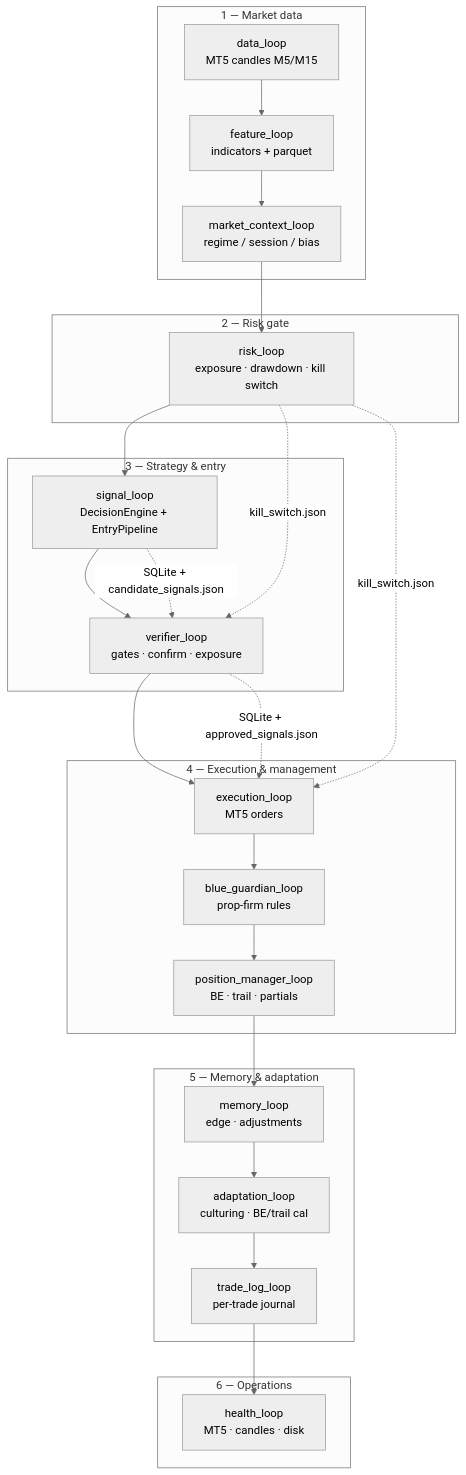
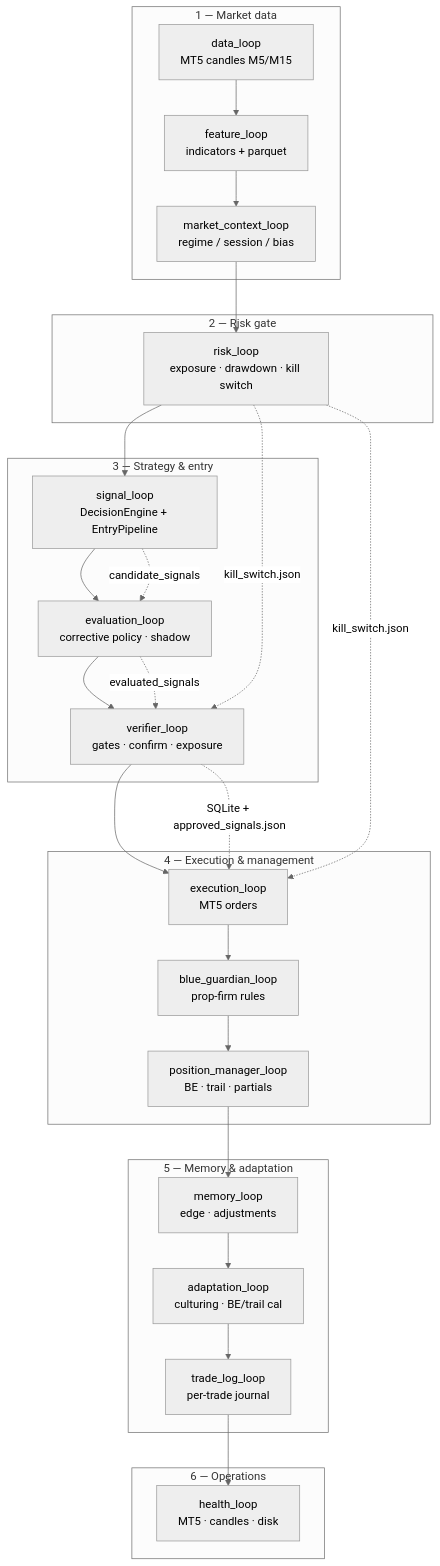
Before and after one commit to banky420star/Quant-os-trade: the first of 4 diagrams in docs/PIPELINE.md, drawn with Mermaid (neutral theme). The commit also changed 15 other files, not shown here.

````diff
--- a/docs/PIPELINE.md
+++ b/docs/PIPELINE.md
@@ -9,42 +9,44 @@
 ```mermaid
 flowchart TB
     subgraph ingest["1 — Market data"]
         DL[data_loop<br/>MT5 candles M5/M15]
         FL[feature_loop<br/>indicators + parquet]
         MCL[market_context_loop<br/>regime / session / bias]
     end
 
     subgraph risk["2 — Risk gate"]
         RL[risk_loop<br/>exposure · drawdown · kill switch]
     end
 
     subgraph decide["3 — Strategy & entry"]
-        SL[signal_loop<br/>DecisionEngine + EntryPipeline]
-        VL[verifier_loop<br/>gates · confirm · exposure]
+    SL[signal_loop<br/>DecisionEngine + EntryPipeline]
+    EV[evaluation_loop<br/>corrective policy · shadow]
+    VL[verifier_loop<br/>gates · confirm · exposure]
     end
 
     subgraph execute["4 — Execution & management"]
         EL[execution_loop<br/>MT5 orders]
         BGL[blue_guardian_loop<br/>prop-firm rules]
         PML[position_manager_loop<br/>BE · trail · partials]
     end
 
     subgraph learn["5 — Memory & adaptation"]
         ML[memory_loop<br/>edge · adjustments]
         AL[adaptation_loop<br/>culturing · BE/trail cal]
         TLL[trade_log_loop<br/>per-trade journal]
     end
 
     subgraph ops["6 — Operations"]
         HL[health_loop<br/>MT5 · candles · disk]
     end
 
     DL --> FL --> MCL --> RL
-    RL --> SL --> VL --> EL
+    RL --> SL --> EV --> VL --> EL
     EL --> BGL --> PML --> ML --> AL --> TLL --> HL
 
-    SL -.->|SQLite + candidate_signals.json| VL
+    SL -.->|candidate_signals| EV
+    EV -.->|evaluated_signals| VL
     VL -.->|SQLite + approved_signals.json| EL
     RL -.->|kill_switch.json| VL
     RL -.->|kill_switch.json| EL
 ```
````
